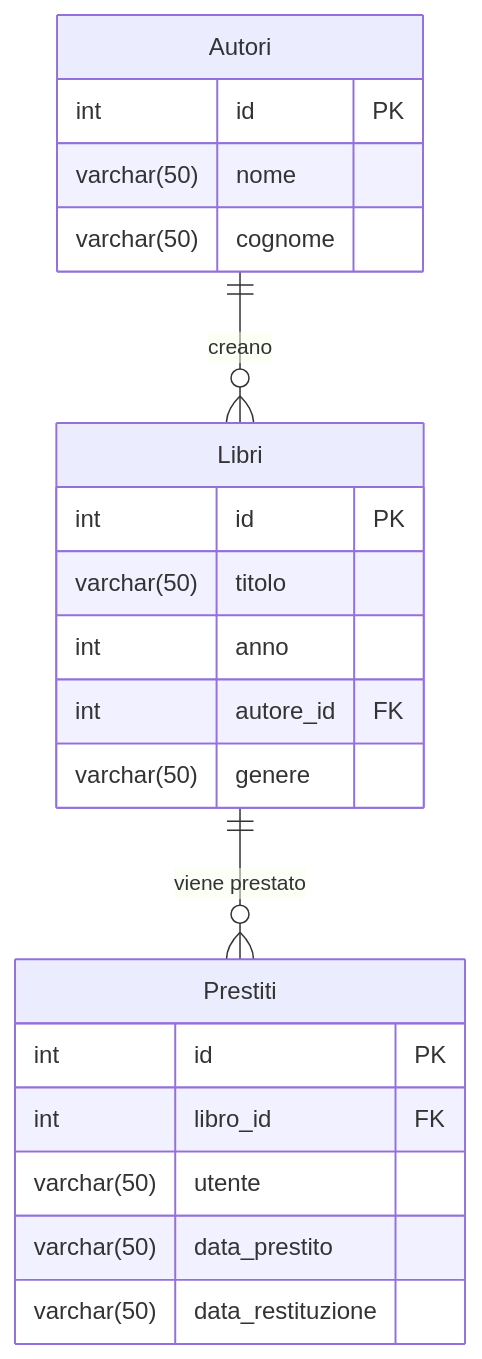
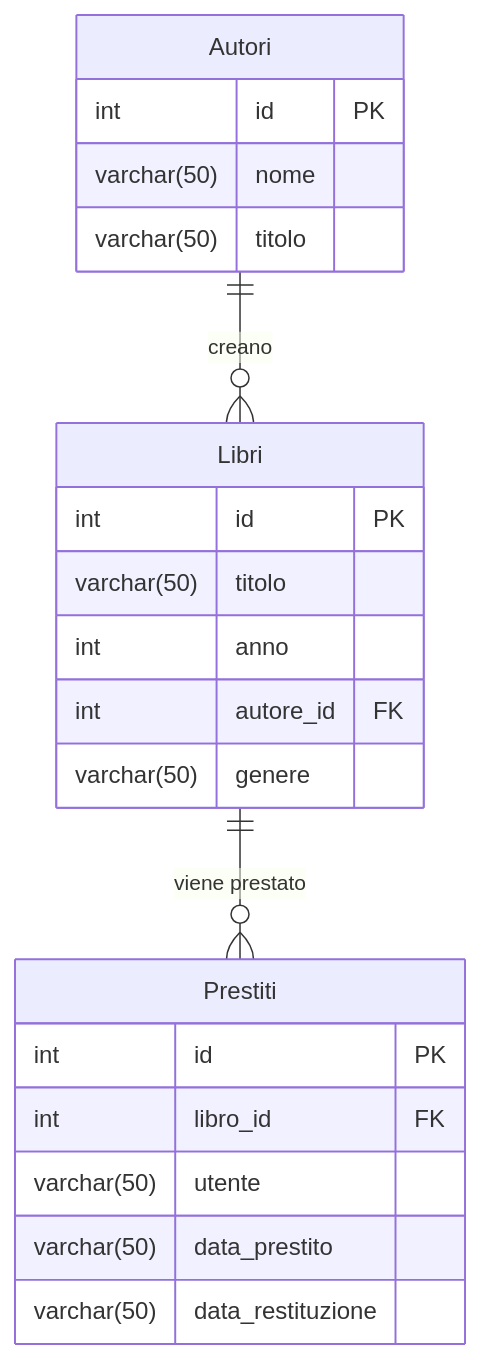
The diagram in arlotti_5/diagramma.md (MarcoArlotti/ssh_sync_5a), drawn with Mermaid before and after one commit.

````diff
--- a/arlotti_5/diagramma.md
+++ b/arlotti_5/diagramma.md
@@ -1,25 +1,25 @@
 ```mermaid
 
 erDiagram
     Autori {
         int id PK
         varchar(50) nome
-        varchar(50) cognome
+        varchar(50) titolo
     }
     Libri {
         int id PK
         varchar(50) titolo
         int anno
         int autore_id FK
         varchar(50) genere
     }
     Prestiti {
         int id PK
         int libro_id FK
         varchar(50) utente
         varchar(50) data_prestito 
         varchar(50) data_restituzione
     }
     Autori ||--o{ Libri : "creano"
     Libri ||--o{ Prestiti : "viene prestato"
 ```
````
